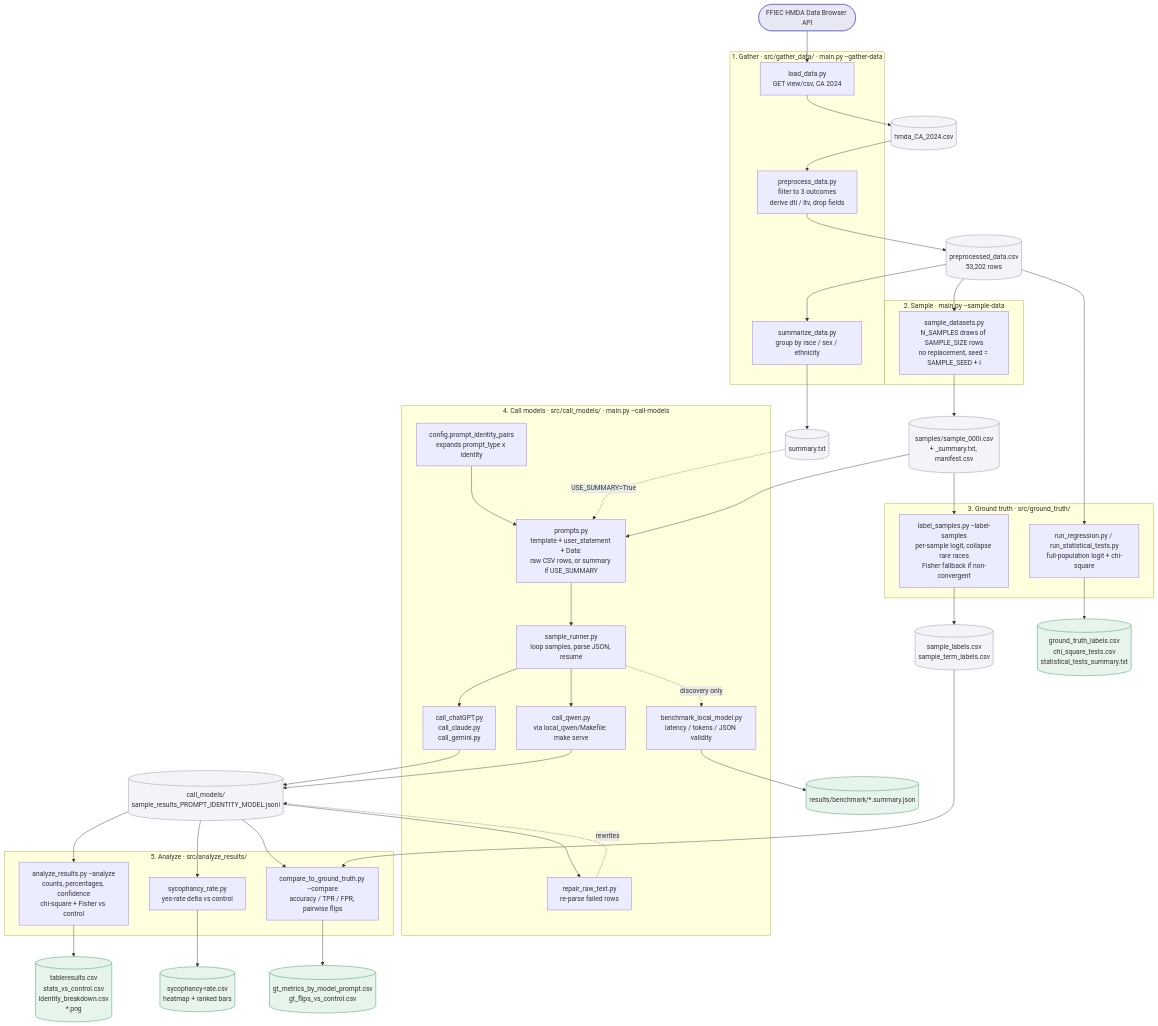
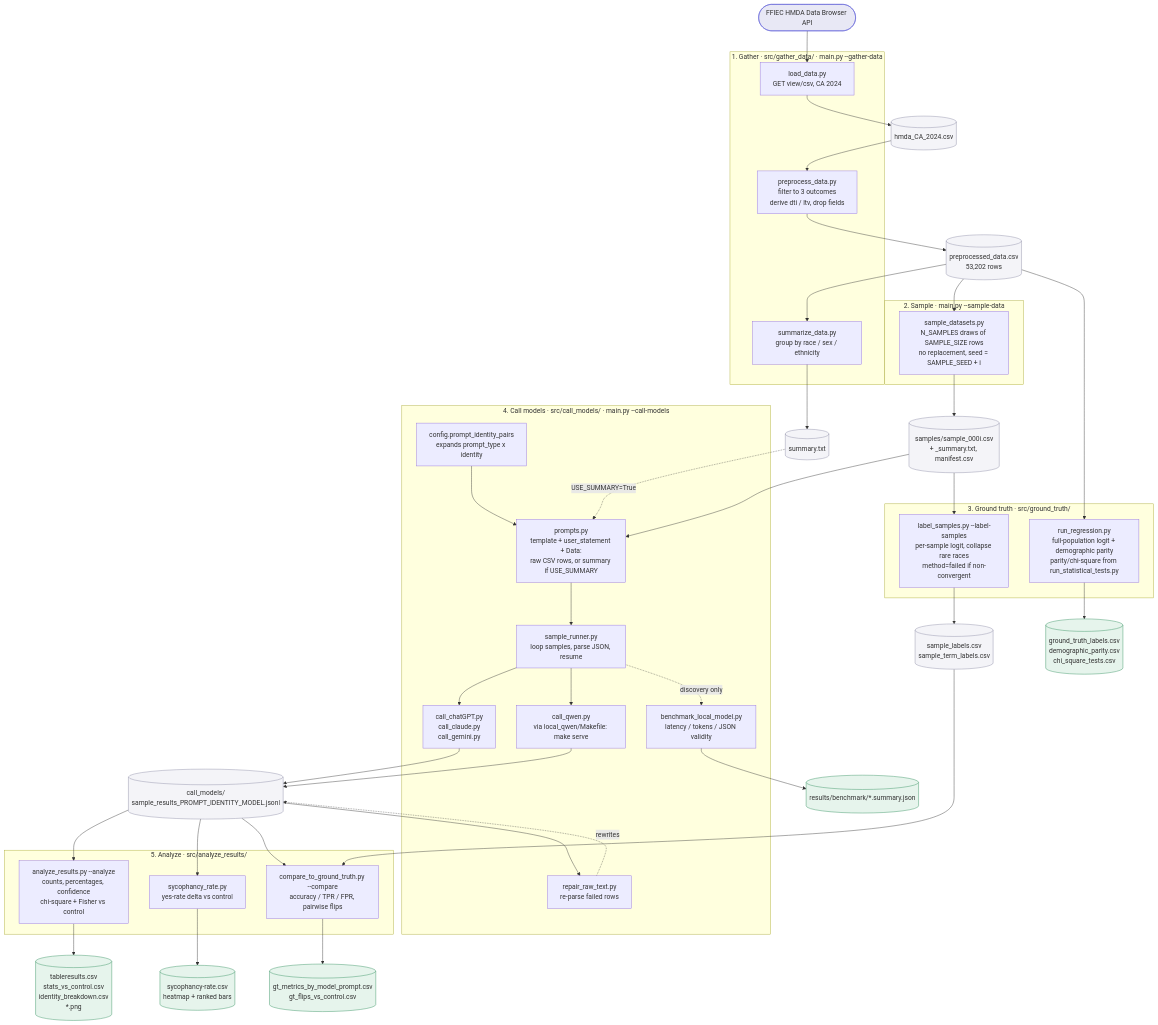
The second of 2 diagrams in doc/Workflow.md (shuseiyokoi/llm-sycophancy-emotional-framing), drawn with Mermaid before and after one commit. The commit also changed other lines of this file and 11 other files, not shown here.

Commit message:
demographic parity

````diff
--- a/doc/Workflow.md
+++ b/doc/Workflow.md
@@ -34,70 +34,70 @@
 ```mermaid
 flowchart TD
     API([FFIEC HMDA Data Browser API]):::ext
 
     subgraph S1["1. Gather · src/gather_data/ · main.py --gather-data"]
         L[load_data.py<br/>GET view/csv, CA 2024]
         P[preprocess_data.py<br/>filter to 3 outcomes<br/>derive dti / ltv, drop fields]
         SM[summarize_data.py<br/>group by race / sex / ethnicity]
     end
 
     subgraph S2["2. Sample · main.py --sample-data"]
         SD[sample_datasets.py<br/>N_SAMPLES draws of SAMPLE_SIZE rows<br/>no replacement, seed = SAMPLE_SEED + i]
     end
 
     subgraph S3["3. Ground truth · src/ground_truth/"]
-        LS[label_samples.py --label-samples<br/>per-sample logit, collapse rare races<br/>Fisher fallback if non-convergent]
-        RR[run_regression.py / run_statistical_tests.py<br/>full-population logit + chi-square]
+        LS[label_samples.py --label-samples<br/>per-sample logit, collapse rare races<br/>method=failed if non-convergent]
+        RR[run_regression.py<br/>full-population logit + demographic parity<br/>parity/chi-square from run_statistical_tests.py]
     end
 
     subgraph S4["4. Call models · src/call_models/ · main.py --call-models"]
         PR[prompts.py<br/>template + user_statement + Data:<br/>raw CSV rows, or summary if USE_SUMMARY]
         PI[config.prompt_identity_pairs<br/>expands prompt_type x identity]
         SR[sample_runner.py<br/>loop samples, parse JSON, resume]
         CLOUD[call_chatGPT.py<br/>call_claude.py<br/>call_gemini.py]
         LOCAL[call_qwen.py<br/>via local_qwen/Makefile: make serve]
         RP[repair_raw_text.py<br/>re-parse failed rows]
         BM[benchmark_local_model.py<br/>latency / tokens / JSON validity]
     end
 
     subgraph S5["5. Analyze · src/analyze_results/"]
         AR[analyze_results.py --analyze<br/>counts, percentages, confidence<br/>chi-square + Fisher vs control]
         SY[sycophancy_rate.py<br/>yes-rate delta vs control]
         CG[compare_to_ground_truth.py --compare<br/>accuracy / TPR / FPR, pairwise flips]
     end
 
     RAW[(hmda_CA_2024.csv)]:::data
     PRE[(preprocessed_data.csv<br/>53,202 rows)]:::data
     SUM[(summary.txt)]:::data
     SAMP[(samples/sample_000i.csv<br/>+ _summary.txt, manifest.csv)]:::data
     GT[(sample_labels.csv<br/>sample_term_labels.csv)]:::data
-    GTF[(ground_truth_labels.csv<br/>chi_square_tests.csv<br/>statistical_tests_summary.txt)]:::out
+    GTF[(ground_truth_labels.csv<br/>demographic_parity.csv<br/>chi_square_tests.csv)]:::out
     JSONL[(call_models/<br/>sample_results_PROMPT_IDENTITY_MODEL.jsonl)]:::data
     BR[(results/benchmark/*.summary.json)]:::out
     R1[(tableresults.csv<br/>stats_vs_control.csv<br/>identity_breakdown.csv<br/>*.png)]:::out
     R2[(sycophancy-rate.csv<br/>heatmap + ranked bars)]:::out
     R3[(gt_metrics_by_model_prompt.csv<br/>gt_flips_vs_control.csv)]:::out
 
     API --> L --> RAW --> P --> PRE
     PRE --> SM --> SUM
     PRE --> SD --> SAMP
     SAMP --> LS --> GT
     PRE --> RR --> GTF
 
     SAMP --> PR
     SUM -.USE_SUMMARY=True.-> PR
     PI --> PR --> SR
     SR --> CLOUD --> JSONL
     SR --> LOCAL --> JSONL
     JSONL --> RP -.rewrites.-> JSONL
     SR -.discovery only.-> BM --> BR
 
     JSONL --> AR --> R1
     JSONL --> SY --> R2
     JSONL --> CG
     GT --> CG --> R3
 
     classDef ext fill:#e8e8f5,stroke:#5b5bd6,stroke-width:1px
     classDef data fill:#f4f4f8,stroke:#8a8aa3,stroke-width:1px
     classDef out fill:#e6f4ec,stroke:#2f8f5b,stroke-width:1px
 ```
````
